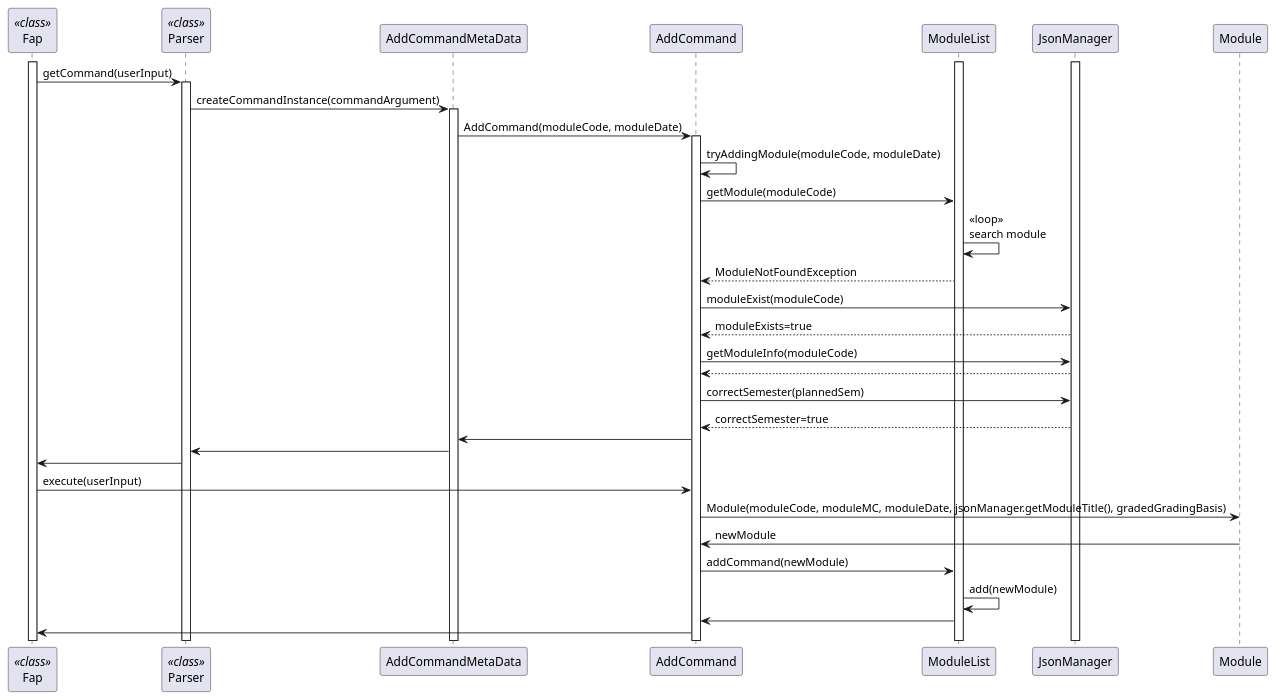
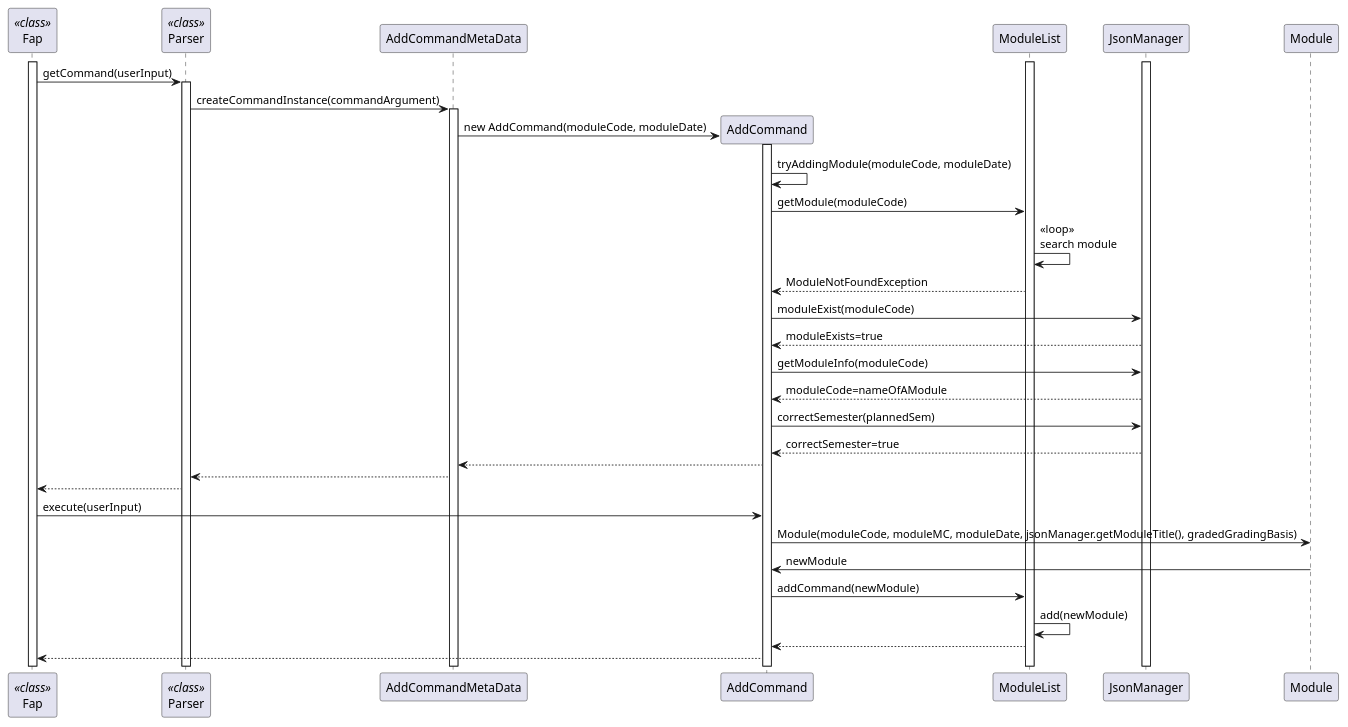
Before and after one commit to fungg0/tp: the diagram in docs/diagrams/AddCommand.puml, drawn with PlantUML. The commit also changed 1 other file, not shown here.

Commit message:
Edit formatting for plantuml

```diff
--- a/docs/diagrams/AddCommand.puml
+++ b/docs/diagrams/AddCommand.puml
@@ -1,58 +1,59 @@
 @startuml
 participant "Fap" as Fap <<class>>
 participant "Parser" as Parser <<class>>
 participant "AddCommandMetaData" as AddCommandMetaData
 participant "AddCommand" as AddCommand
 participant "ModuleList" as ModuleList
 participant "JsonManager" as JsonManager
 participant "Module" as Module
 
 activate Fap
 activate ModuleList
 activate JsonManager
 
 Fap -> Parser : getCommand(userInput)
 activate Parser
 
 Parser -> AddCommandMetaData : createCommandInstance(commandArgument)
 activate AddCommandMetaData
 
-AddCommandMetaData -> AddCommand : AddCommand(moduleCode, moduleDate)
+
+AddCommandMetaData -> "AddCommand"** : new AddCommand(moduleCode, moduleDate)
 activate AddCommand
 
 AddCommand -> AddCommand : tryAddingModule(moduleCode, moduleDate)
 
 
 AddCommand -> ModuleList : getModule(moduleCode)
 ModuleList -> ModuleList : <<loop>>\nsearch module
 ModuleList --> AddCommand : ModuleNotFoundException
 
 AddCommand -> JsonManager : moduleExist(moduleCode)
 
 JsonManager --> AddCommand : moduleExists=true
 
 AddCommand -> JsonManager : getModuleInfo(moduleCode)
 
-JsonManager --> AddCommand
+JsonManager --> AddCommand : moduleCode=nameOfAModule
 
 AddCommand -> JsonManager : correctSemester(plannedSem)
 
 JsonManager --> AddCommand : correctSemester=true
 
-AddCommand -> AddCommandMetaData
-AddCommandMetaData -> Parser
-Parser -> Fap
+AddCommand --> AddCommandMetaData
+AddCommandMetaData --> Parser
+Parser --> Fap
 
 Fap -> AddCommand: execute(userInput)
 
 
 AddCommand -> Module : Module(moduleCode, moduleMC, moduleDate, jsonManager.getModuleTitle(), gradedGradingBasis)
 
 
 Module -> AddCommand : newModule
 AddCommand -> ModuleList : addCommand(newModule)
 ModuleList -> ModuleList : add(newModule)
-ModuleList -> AddCommand
-AddCommand -> Fap
+ModuleList --> AddCommand
+AddCommand --> Fap
 
 @enduml
```
